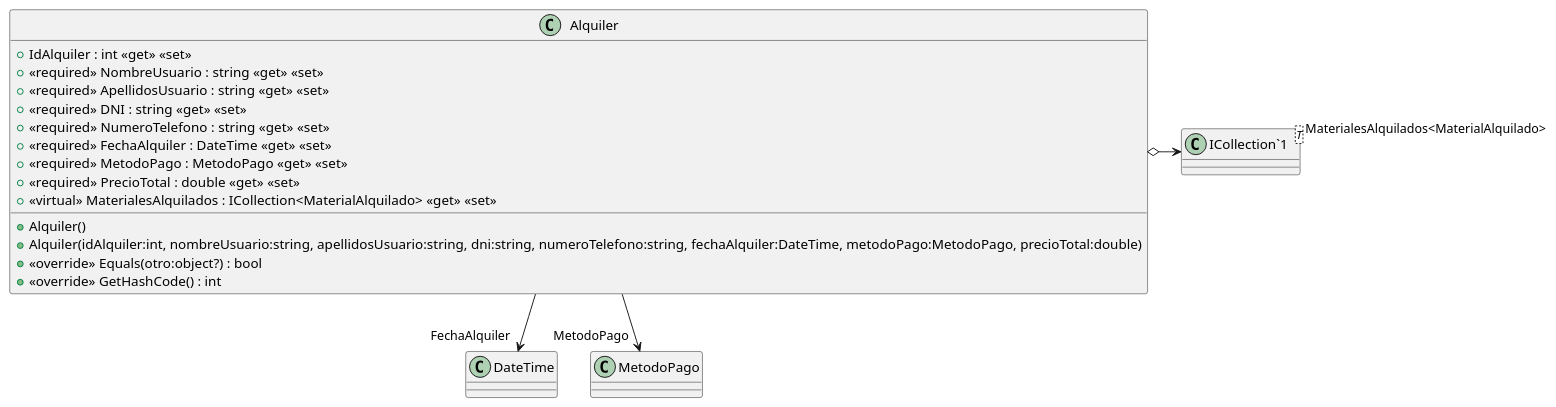
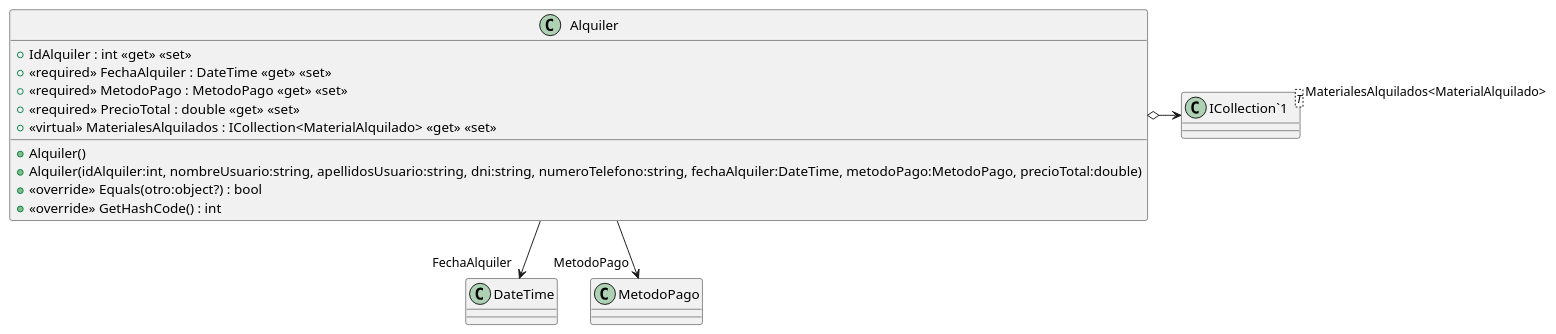
The diagram in src/AppForSEII.API/ClassDiagram/Alquiler.puml (GrupoSixSeven/ISII2627GrupoSixSeven), drawn with PlantUML before and after one commit.

Commit message:
Eliminar atributos erróneos de Alquiler.puml

```diff
--- a/src/AppForSEII.API/ClassDiagram/Alquiler.puml
+++ b/src/AppForSEII.API/ClassDiagram/Alquiler.puml
@@ -1,22 +1,18 @@
 @startuml
 class Alquiler {
     + IdAlquiler : int <<get>> <<set>>
-    + <<required>> NombreUsuario : string <<get>> <<set>>
-    + <<required>> ApellidosUsuario : string <<get>> <<set>>
-    + <<required>> DNI : string <<get>> <<set>>
-    + <<required>> NumeroTelefono : string <<get>> <<set>>
     + <<required>> FechaAlquiler : DateTime <<get>> <<set>>
     + <<required>> MetodoPago : MetodoPago <<get>> <<set>>
     + <<required>> PrecioTotal : double <<get>> <<set>>
     + <<virtual>> MaterialesAlquilados : ICollection<MaterialAlquilado> <<get>> <<set>>
     + Alquiler()
     + Alquiler(idAlquiler:int, nombreUsuario:string, apellidosUsuario:string, dni:string, numeroTelefono:string, fechaAlquiler:DateTime, metodoPago:MetodoPago, precioTotal:double)
     + <<override>> Equals(otro:object?) : bool
     + <<override>> GetHashCode() : int
 }
 class "ICollection`1"<T> {
 }
 Alquiler --> "FechaAlquiler" DateTime
 Alquiler --> "MetodoPago" MetodoPago
 Alquiler o-> "MaterialesAlquilados<MaterialAlquilado>" "ICollection`1"
 @enduml
```
